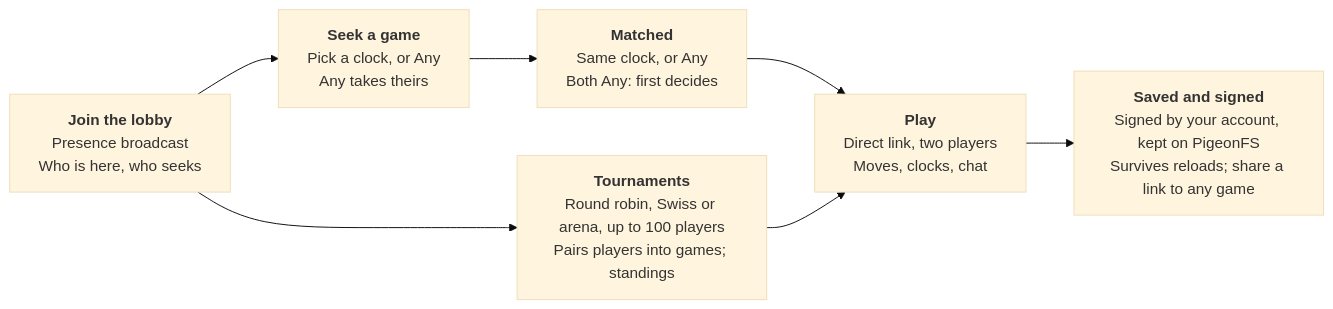
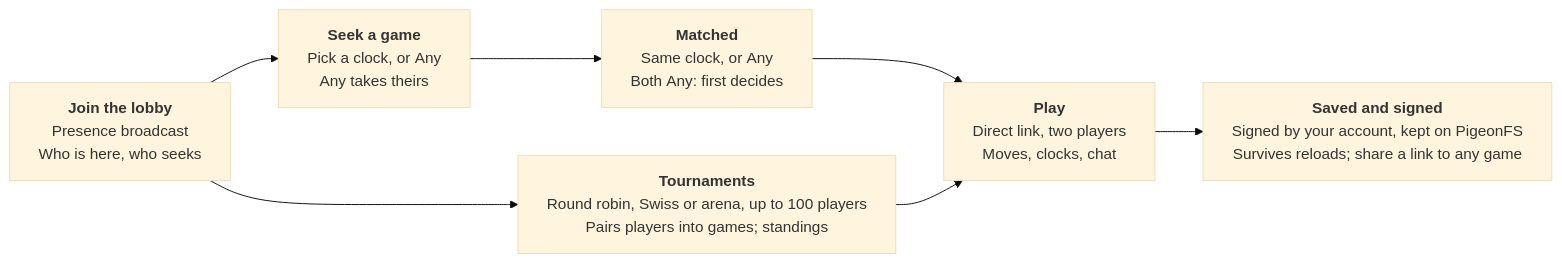
Before and after one commit to PeerPigeon/PigeonChess: the third of 6 diagrams in docs/architecture.md, drawn with Mermaid (base theme). The commit also changed other lines of this file, not shown here.

First line of the commit message:
Architecture diagrams: text drawn as SVG text, not HTML boxes, so no viewer cuts it off

````diff
--- a/docs/architecture.md
+++ b/docs/architecture.md
@@ -76,24 +78,25 @@
 ```mermaid
+%%{init: {"flowchart": {"htmlLabels": false, "wrappingWidth": 600}, "markdownAutoWrap": false}}%%
 flowchart LR
   lobby["`**Join the lobby**
     Presence broadcast
     Who is here, who seeks`"]
   seek["`**Seek a game**
     Pick a clock, or Any
     Any takes theirs`"]
   matched["`**Matched**
     Same clock, or Any
     Both Any: first decides`"]
   play["`**Play**
     Direct link, two players
     Moves, clocks, chat`"]
   tour["`**Tournaments**
     Round robin, Swiss or arena, up to 100 players
     Pairs players into games; standings`"]
   saved["`**Saved and signed**
     Signed by your account, kept on PigeonFS
     Survives reloads; share a link to any game`"]
   lobby --> seek --> matched --> play
   lobby --> tour --> play
   play --> saved
 ```
````
